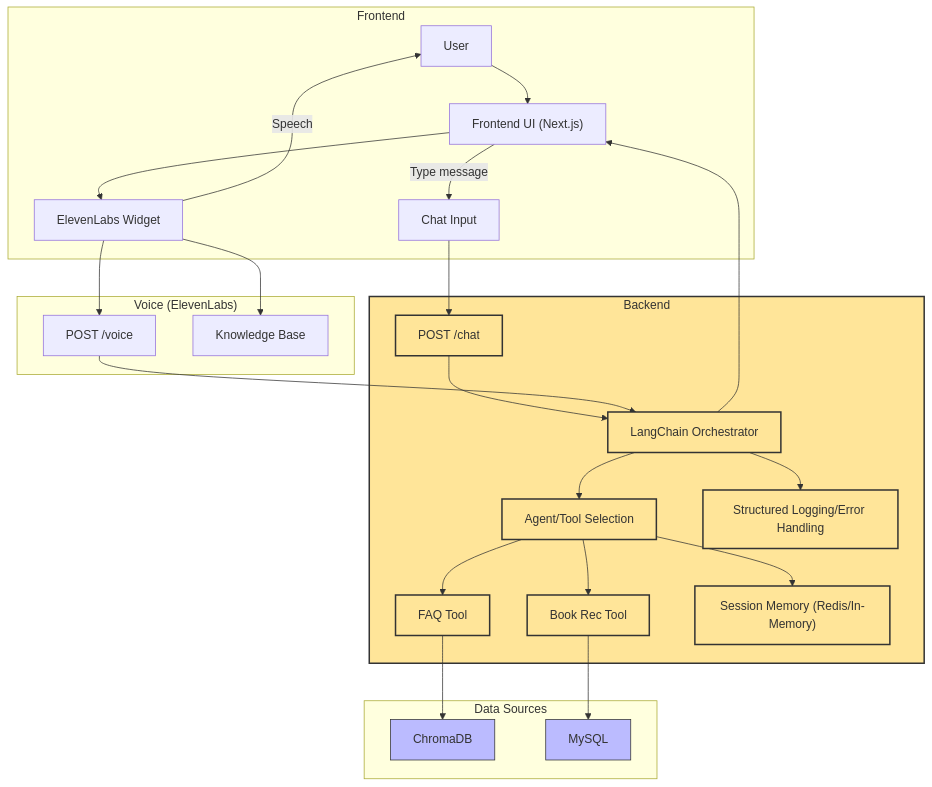
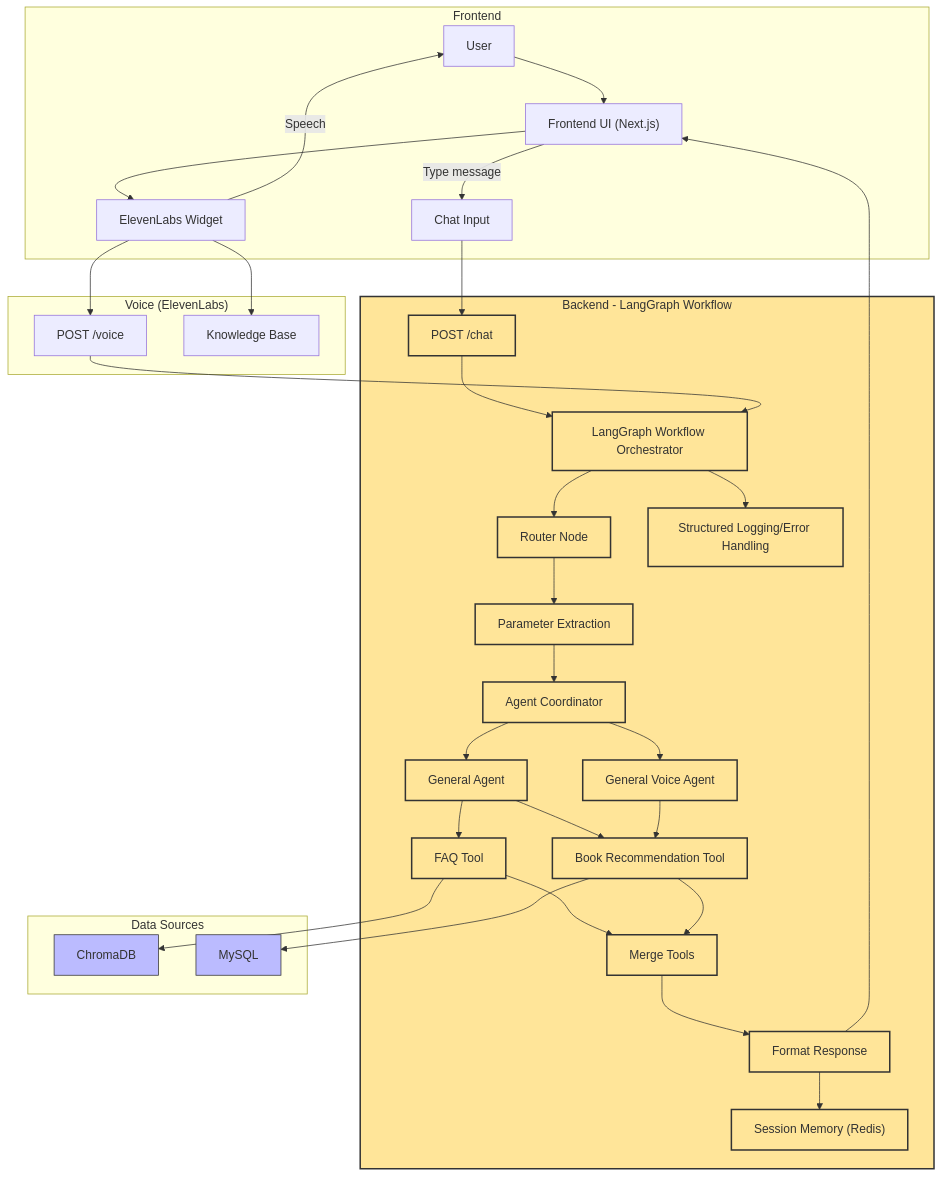
The second of 3 diagrams in README.md (louis11-le/ai-book-seeker), drawn with Mermaid before and after one commit. The commit also changed other lines of this file and 3 other files, not shown here.

````diff
--- a/README.md
+++ b/README.md
@@ -161,57 +235,72 @@
 ```mermaid
 flowchart TD
     %% Frontend group: User, UI, Chat Input, and ElevenLabs Widget
     subgraph Frontend["Frontend"]
         User["User"]
         UI["Frontend UI (Next.js)"]
         ChatInput["Chat Input"]
         ElevenLabs["ElevenLabs Widget"]
         User --> UI
         UI -->|Type message| ChatInput
         UI --> ElevenLabs
     end
 
-    %% Backend group: POST /chat and all backend logic (left of ElevenLabs)
-    subgraph BackendSection["Backend"]
+    %% Backend group: POST /chat and LangGraph workflow
+    subgraph BackendSection["Backend - LangGraph Workflow"]
         ChatAPI["POST /chat"]
-        Orchestrator["LangChain Orchestrator"]
-        LangChain["Agent/Tool Selection"]
+        LangGraphOrchestrator["LangGraph Workflow Orchestrator"]
+        RouterNode["Router Node"]
+        ParameterExtraction["Parameter Extraction"]
+        AgentCoordinator["Agent Coordinator"]
+        GeneralAgent["General Agent"]
+        GeneralVoiceAgent["General Voice Agent"]
         FAQTool["FAQ Tool"]
-        BookRecTool["Book Rec Tool"]
-        Memory["Session Memory (Redis/In-Memory)"]
+        BookRecTool["Book Recommendation Tool"]
+        MergeTools["Merge Tools"]
+        FormatResponse["Format Response"]
+        Memory["Session Memory (Redis)"]
         Logging["Structured Logging/Error Handling"]
-        ChatAPI --> Orchestrator
-        Orchestrator --> LangChain
-        LangChain --> FAQTool
-        LangChain --> BookRecTool
-        LangChain --> Memory
-        Orchestrator --> Logging
-        Orchestrator --> UI
+
+        ChatAPI --> LangGraphOrchestrator
+        LangGraphOrchestrator --> RouterNode
+        RouterNode --> ParameterExtraction
+        ParameterExtraction --> AgentCoordinator
+        AgentCoordinator --> GeneralAgent
+        AgentCoordinator --> GeneralVoiceAgent
+        GeneralAgent --> FAQTool
+        GeneralAgent --> BookRecTool
+        GeneralVoiceAgent --> BookRecTool
+        FAQTool --> MergeTools
+        BookRecTool --> MergeTools
+        MergeTools --> FormatResponse
+        FormatResponse --> Memory
+        LangGraphOrchestrator --> Logging
+        FormatResponse --> UI
     end
 
     %% Voice (ElevenLabs) group: Widget, POST /voice, Knowledge Base (right)
     subgraph ElevenLabsSection["Voice (ElevenLabs)"]
         ElevenLabs["ElevenLabs Widget"]
         VoiceAPI["POST /voice"]
         EL_KB["Knowledge Base"]
         ElevenLabs --> EL_KB
         ElevenLabs -->|Speech| User
         ElevenLabs --> VoiceAPI
-        VoiceAPI --> Orchestrator
+        VoiceAPI --> LangGraphOrchestrator
     end
 
     %% Data Sources (bottom)
     subgraph DataSources["Data Sources"]
         FAQTool --> ChromaDB["ChromaDB"]
         BookRecTool --> MySQL["MySQL"]
     end
 
     %% Cross-group arrows
     ChatInput --> ChatAPI
 
     %% Styling for Backend
     classDef backend fill:#ffe599,stroke:#333,stroke-width:2px;
-    class BackendSection,Orchestrator,LangChain,FAQTool,BookRecTool,Memory,Logging,ChatAPI backend;
+    class BackendSection,LangGraphOrchestrator,RouterNode,ParameterExtraction,AgentCoordinator,GeneralAgent,GeneralVoiceAgent,FAQTool,BookRecTool,MergeTools,FormatResponse,Memory,Logging,ChatAPI backend;
     classDef data fill:#bbf,stroke:#333,stroke-width:1px;
     class ChromaDB,MySQL data;
 ```
````
